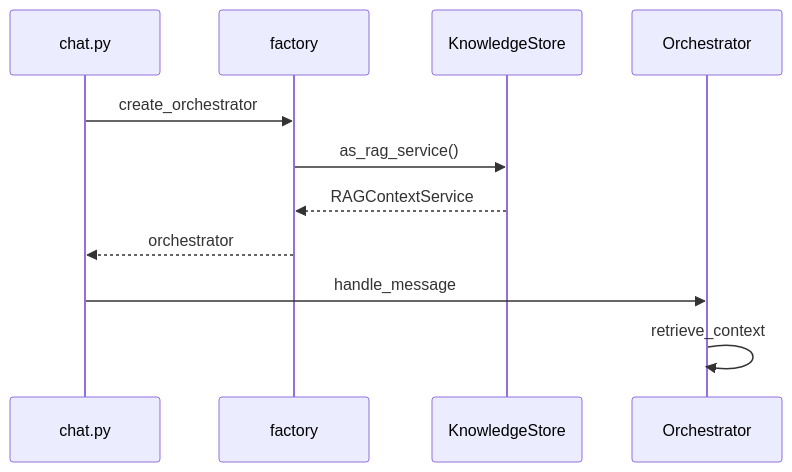
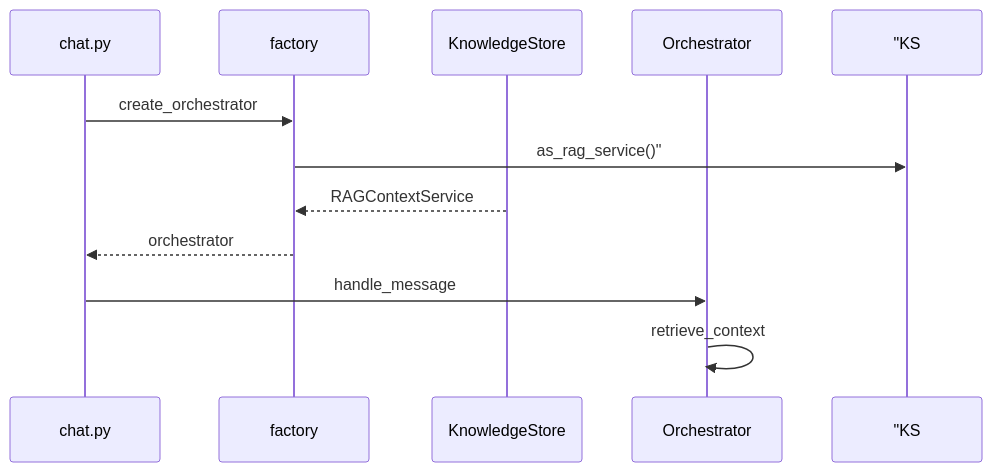
Before and after one commit to ab6539763/70_days_course_plus: the second of 2 diagrams in course/day25/20_完整代码走查.md, drawn with Mermaid. The commit also changed other lines of this file and 128 other files, not shown here.

First line of the commit message:
fix(course): repair day31-37 diagrams, titles, and missing content

````diff
--- a/course/day25/20_完整代码走查.md
+++ b/course/day25/20_完整代码走查.md
@@ -99,14 +99,14 @@
 ```mermaid
 sequenceDiagram
     participant C as chat.py
     participant F as factory
     participant KS as KnowledgeStore
     participant O as Orchestrator
 
     C->>F: create_orchestrator
-    F->>KS: as_rag_service()
+    F->> "KS: as_rag_service()"
     KS-->>F: RAGContextService
     F-->>C: orchestrator
     C->>O: handle_message
     O->>O: retrieve_context
 ```
````
